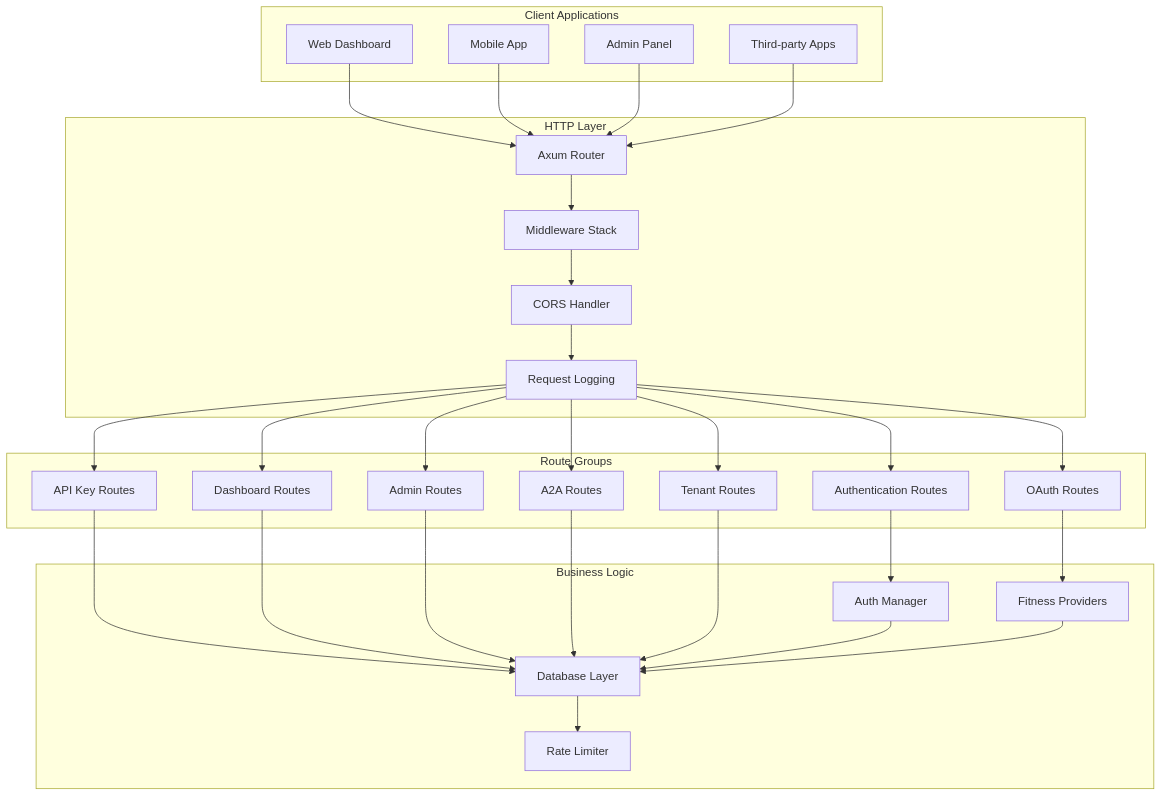
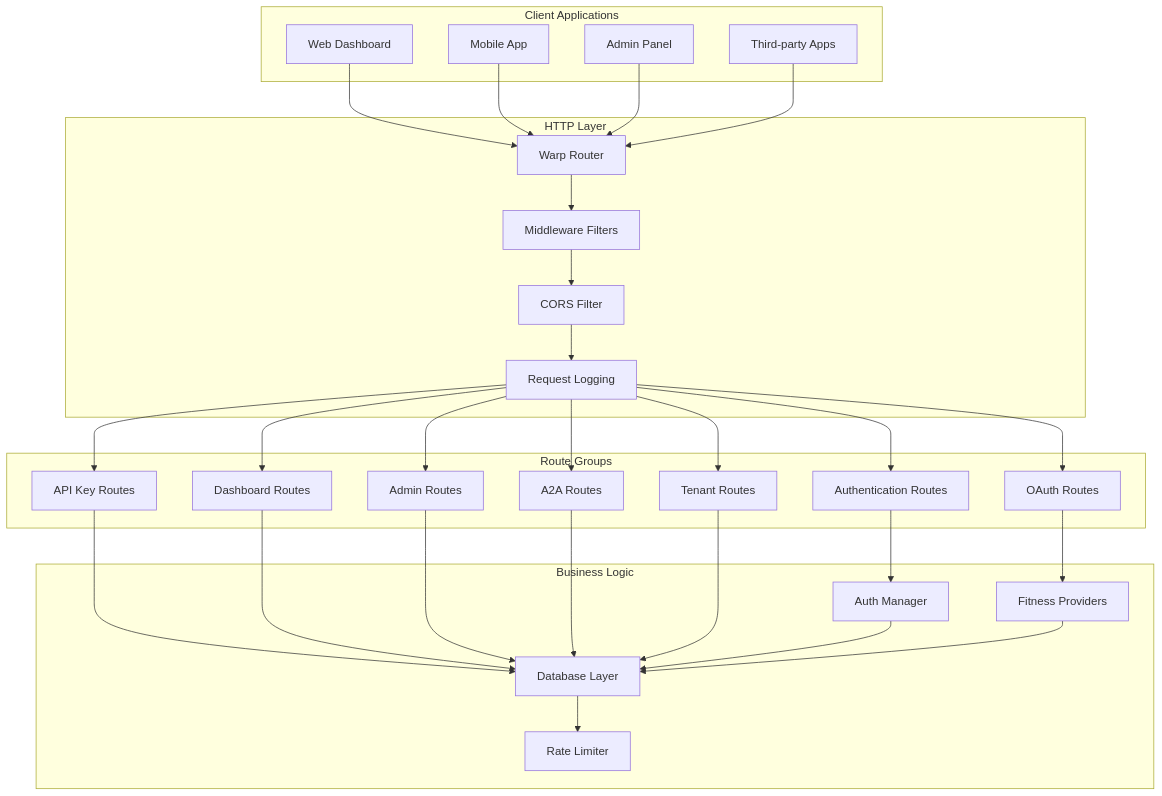
Before and after one commit to Async-IO/pierre_mcp_server: the diagram in docs/developer-guide/09-api-routes.md, drawn with Mermaid. The commit also changed other lines of this file and 2 other files, not shown here.

````diff
--- a/docs/developer-guide/09-api-routes.md
+++ b/docs/developer-guide/09-api-routes.md
@@ -9,62 +9,62 @@
 ```mermaid
 graph TB
     subgraph "Client Applications"
         WebApp[Web Dashboard]
         Mobile[Mobile App]
         Admin[Admin Panel]
         ThirdParty[Third-party Apps]
     end
     
     subgraph "HTTP Layer"
-        Router[Axum Router]
-        Middleware[Middleware Stack]
-        CORS[CORS Handler]
+        Router[Warp Router]
+        Middleware[Middleware Filters]
+        CORS[CORS Filter]
         Logging[Request Logging]
     end
     
     subgraph "Route Groups"
         AuthRoutes[Authentication Routes]
         OAuthRoutes[OAuth Routes]
         ApiKeyRoutes[API Key Routes]
         DashboardRoutes[Dashboard Routes]
         AdminRoutes[Admin Routes]
         A2ARoutes[A2A Routes]
         TenantRoutes[Tenant Routes]
     end
     
     subgraph "Business Logic"
         AuthManager[Auth Manager]
         Database[Database Layer]
         Providers[Fitness Providers]
         RateLimit[Rate Limiter]
     end
     
     WebApp --> Router
     Mobile --> Router
     Admin --> Router
     ThirdParty --> Router
     
     Router --> Middleware
     Middleware --> CORS
     CORS --> Logging
     
     Logging --> AuthRoutes
     Logging --> OAuthRoutes
     Logging --> ApiKeyRoutes
     Logging --> DashboardRoutes
     Logging --> AdminRoutes
     Logging --> A2ARoutes
     Logging --> TenantRoutes
     
     AuthRoutes --> AuthManager
     OAuthRoutes --> Providers
     ApiKeyRoutes --> Database
     DashboardRoutes --> Database
     AdminRoutes --> Database
     A2ARoutes --> Database
     TenantRoutes --> Database
     
     AuthManager --> Database
     Providers --> Database
     Database --> RateLimit
 ```
````
